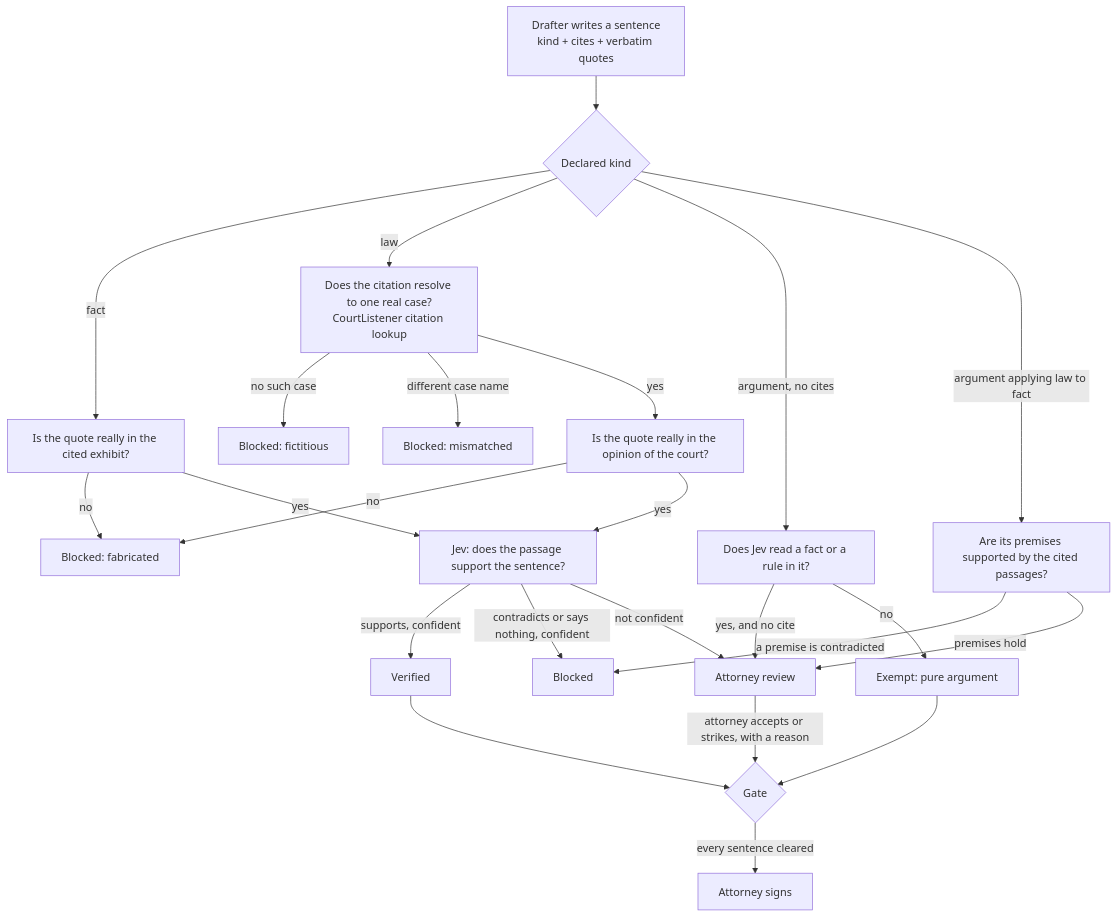
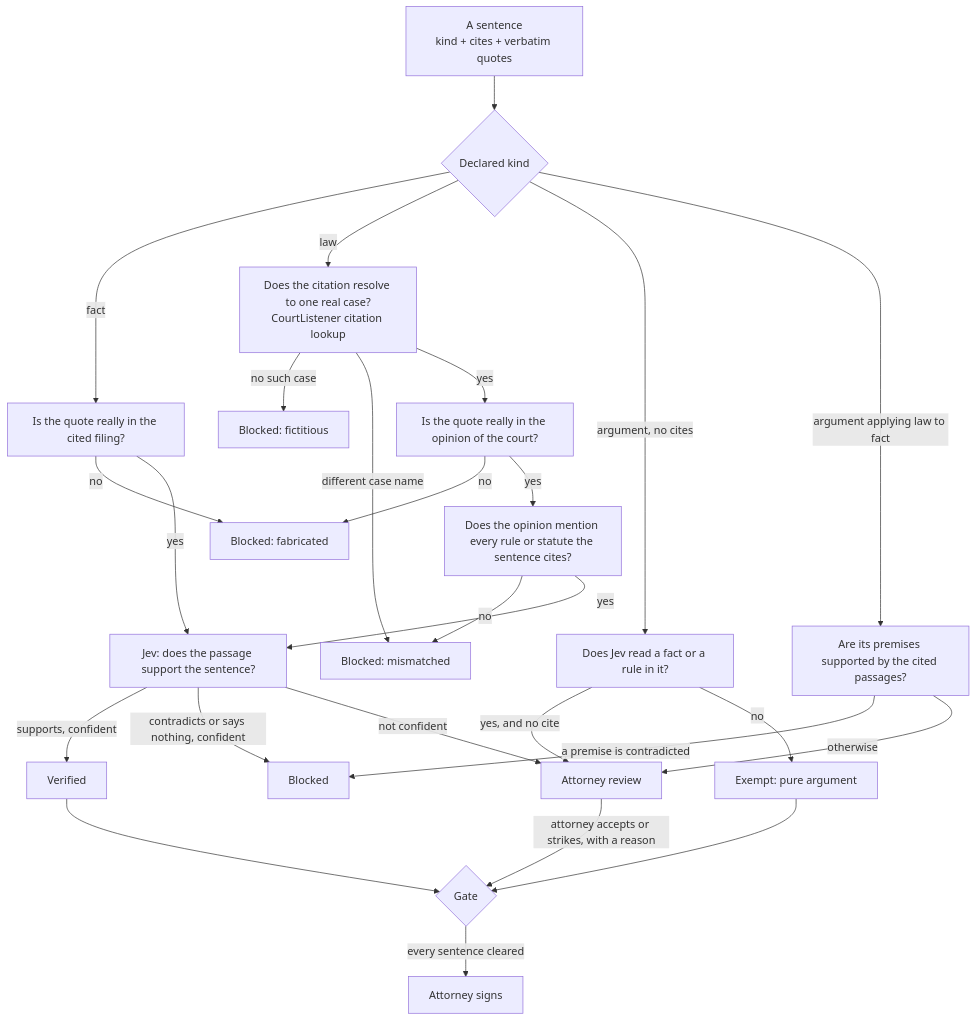
Before and after one commit to JohnCari/of-record: the diagram in README.md, drawn with Mermaid. The commit also changed other lines of this file and 118 other files, not shown here.

````diff
--- a/README.md
+++ b/README.md
@@ -78,26 +103,28 @@
 ```mermaid
 flowchart TD
-  D[Drafter writes a sentence<br/>kind + cites + verbatim quotes] --> K{Declared kind}
-  K -->|fact| Q1[Is the quote really in the cited exhibit?]
+  D[A sentence<br/>kind + cites + verbatim quotes] --> K{Declared kind}
+  K -->|fact| Q1[Is the quote really in the cited filing?]
   K -->|law| C1[Does the citation resolve to one real case?<br/>CourtListener citation lookup]
   K -->|argument, no cites| A1[Does Jev read a fact or a rule in it?]
   K -->|argument applying law to fact| P1[Are its premises supported by the cited passages?]
   P1 -->|a premise is contradicted| B4
-  P1 -->|premises hold| R
+  P1 -->|otherwise| R
   Q1 -->|no| B[Blocked: fabricated]
   Q1 -->|yes| J[Jev: does the passage support the sentence?]
   C1 -->|no such case| B2[Blocked: fictitious]
   C1 -->|different case name| B3[Blocked: mismatched]
   C1 -->|yes| Q2[Is the quote really in the opinion of the court?]
   Q2 -->|no| B
-  Q2 -->|yes| J
+  Q2 -->|yes| RC[Does the opinion mention every rule or statute the sentence cites?]
+  RC -->|no| B3
+  RC -->|yes| J
   J -->|supports, confident| V[Verified]
   J -->|contradicts or says nothing, confident| B4[Blocked]
   J -->|not confident| R[Attorney review]
   A1 -->|yes, and no cite| R
   A1 -->|no| E[Exempt: pure argument]
   V --> G{Gate}
   E --> G
   R -->|attorney accepts or strikes, with a reason| G
   G -->|every sentence cleared| S[Attorney signs]
 ```
````
